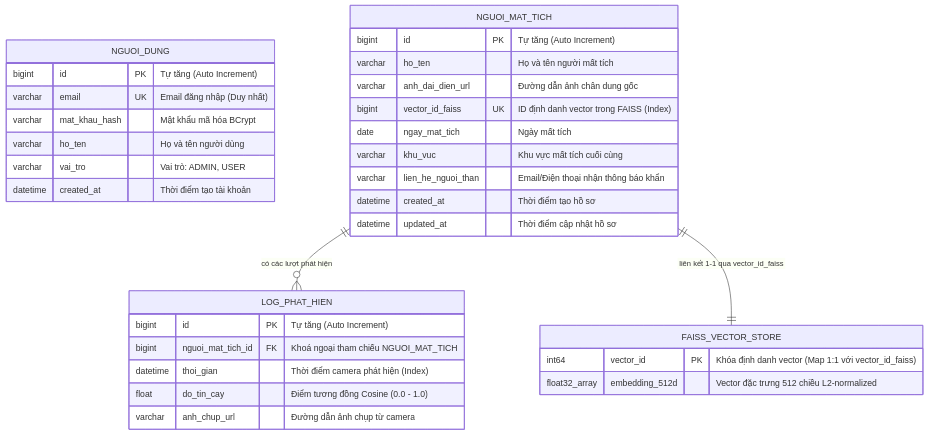
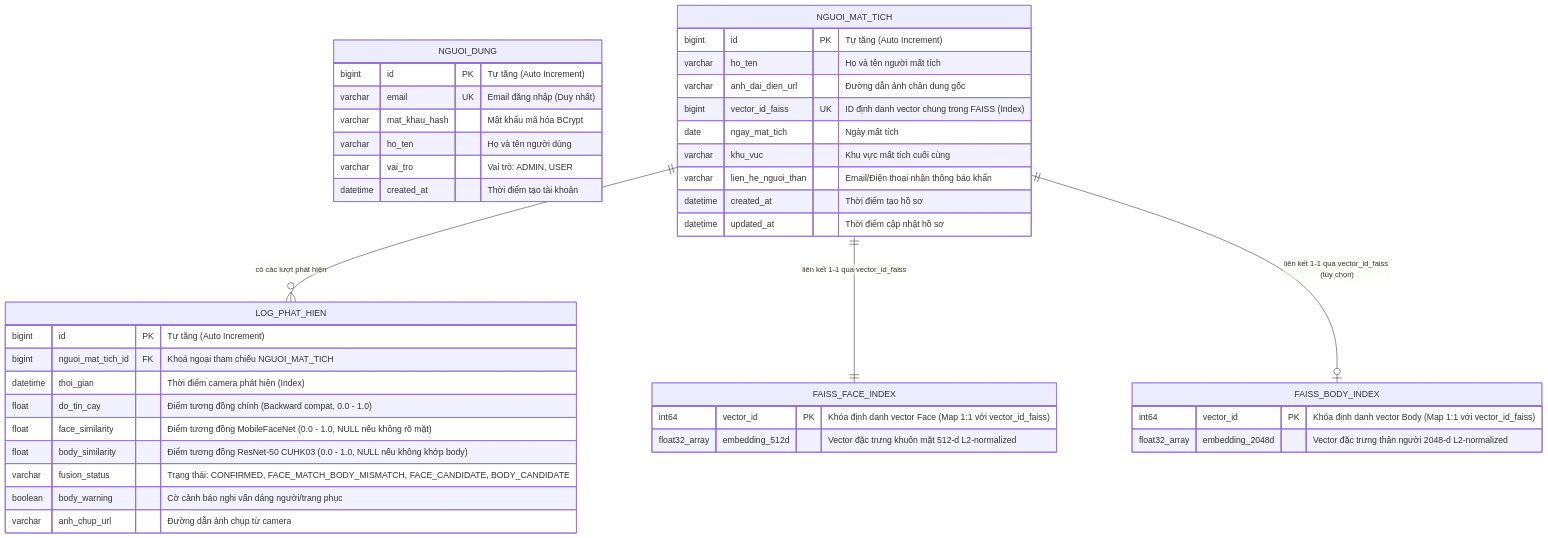
One commit to hansnam/Person_Recognition changed the second of 5 diagrams in ARCHITECTURE.md. Above: the diagram before and after it, drawn with Mermaid. The commit also changed other lines of this file and 66 other files, not shown here.

````diff
--- a/ARCHITECTURE.md
+++ b/ARCHITECTURE.md
@@ -145,39 +170,49 @@
 ```mermaid
 erDiagram
     NGUOI_DUNG {
         bigint id PK "Tự tăng (Auto Increment)"
         varchar email UK "Email đăng nhập (Duy nhất)"
         varchar mat_khau_hash "Mật khẩu mã hóa BCrypt"
         varchar ho_ten "Họ và tên người dùng"
         varchar vai_tro "Vai trò: ADMIN, USER"
         datetime created_at "Thời điểm tạo tài khoản"
     }
 
     NGUOI_MAT_TICH {
         bigint id PK "Tự tăng (Auto Increment)"
         varchar ho_ten "Họ và tên người mất tích"
         varchar anh_dai_dien_url "Đường dẫn ảnh chân dung gốc"
-        bigint vector_id_faiss UK "ID định danh vector trong FAISS (Index)"
+        bigint vector_id_faiss UK "ID định danh vector chung trong FAISS (Index)"
         date ngay_mat_tich "Ngày mất tích"
         varchar khu_vuc "Khu vực mất tích cuối cùng"
         varchar lien_he_nguoi_than "Email/Điện thoại nhận thông báo khẩn"
         datetime created_at "Thời điểm tạo hồ sơ"
         datetime updated_at "Thời điểm cập nhật hồ sơ"
     }
 
     LOG_PHAT_HIEN {
         bigint id PK "Tự tăng (Auto Increment)"
         bigint nguoi_mat_tich_id FK "Khoá ngoại tham chiếu NGUOI_MAT_TICH"
         datetime thoi_gian "Thời điểm camera phát hiện (Index)"
-        float do_tin_cay "Điểm tương đồng Cosine (0.0 - 1.0)"
+        float do_tin_cay "Điểm tương đồng chính (Backward compat, 0.0 - 1.0)"
+        float face_similarity "Điểm tương đồng MobileFaceNet (0.0 - 1.0, NULL nếu không rõ mặt)"
+        float body_similarity "Điểm tương đồng ResNet-50 CUHK03 (0.0 - 1.0, NULL nếu không khớp body)"
+        varchar fusion_status "Trạng thái: CONFIRMED, FACE_MATCH_BODY_MISMATCH, FACE_CANDIDATE, BODY_CANDIDATE"
+        boolean body_warning "Cờ cảnh báo nghi vấn dáng người/trang phục"
         varchar anh_chup_url "Đường dẫn ảnh chụp từ camera"
     }
 
-    FAISS_VECTOR_STORE {
-        int64 vector_id PK "Khóa định danh vector (Map 1:1 với vector_id_faiss)"
-        float32_array embedding_512d "Vector đặc trưng 512 chiều L2-normalized"
+    FAISS_FACE_INDEX {
+        int64 vector_id PK "Khóa định danh vector Face (Map 1:1 với vector_id_faiss)"
+        float32_array embedding_512d "Vector đặc trưng khuôn mặt 512-d L2-normalized"
+    }
+
+    FAISS_BODY_INDEX {
+        int64 vector_id PK "Khóa định danh vector Body (Map 1:1 với vector_id_faiss)"
+        float32_array embedding_2048d "Vector đặc trưng thân người 2048-d L2-normalized"
     }
 
     NGUOI_MAT_TICH ||--o{ LOG_PHAT_HIEN : "có các lượt phát hiện"
-    NGUOI_MAT_TICH ||--|| FAISS_VECTOR_STORE : "liên kết 1-1 qua vector_id_faiss"
+    NGUOI_MAT_TICH ||--|| FAISS_FACE_INDEX : "liên kết 1-1 qua vector_id_faiss"
+    NGUOI_MAT_TICH ||--o| FAISS_BODY_INDEX : "liên kết 1-1 qua vector_id_faiss (tùy chọn)"
 ```
````
